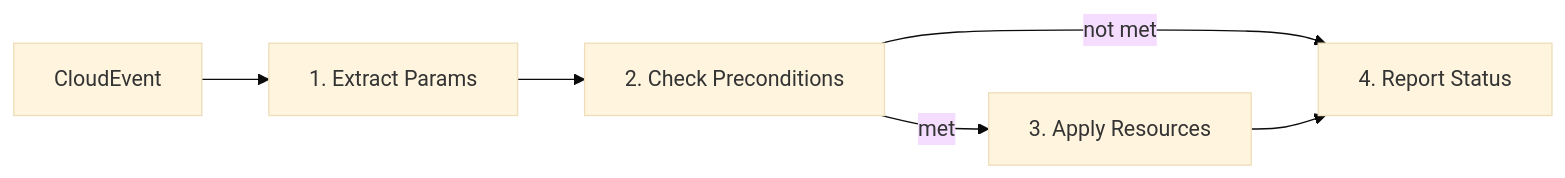
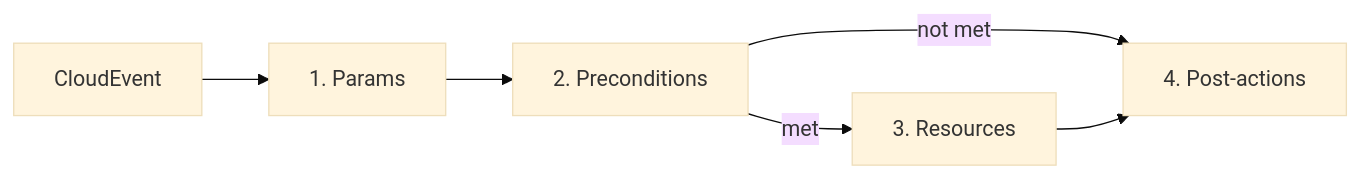
One commit to kuudori/hyperfleet-adapter changed the first of 2 diagrams in docs/adapter-authoring-guide.md. Above: the diagram before and after it, drawn with Mermaid (base theme). The commit also changed other lines of this file and 8 other files, not shown here.

````diff
--- a/docs/adapter-authoring-guide.md
+++ b/docs/adapter-authoring-guide.md
@@ -59,8 +39,8 @@
 ```mermaid
 flowchart LR
-    E[CloudEvent] --> P1[1. Extract Params]
-    P1 --> P2[2. Check Preconditions]
-    P2 -->|met| P3[3. Apply Resources]
+    E[CloudEvent] --> P1[1. Params]
+    P1 --> P2[2. Preconditions]
+    P2 -->|met| P3[3. Resources]
     P2 -->|not met| P4
-    P3 --> P4[4. Report Status]
+    P3 --> P4[4. Post-actions]
 ```
````
